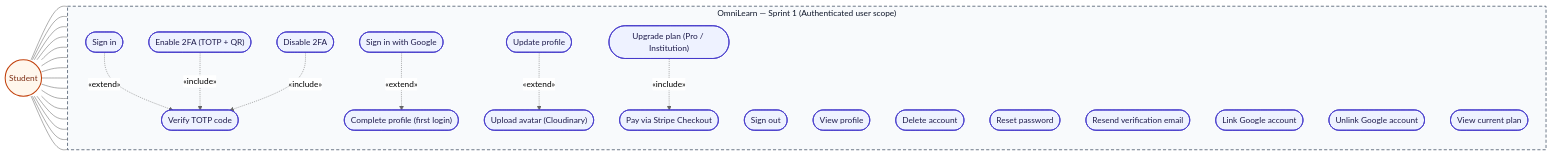
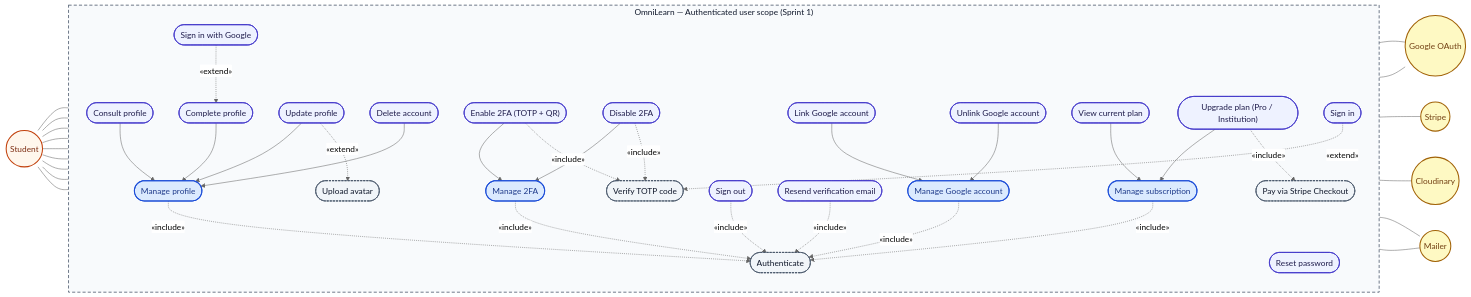
One commit to MaizaAymen/OmniLearn changed the second of 12 diagrams in docs/05_chapitre3_sprint1.md. Above: the diagram before and after it, drawn with Mermaid. The commit also changed other lines of this file, not shown here.

````diff
--- a/docs/05_chapitre3_sprint1.md
+++ b/docs/05_chapitre3_sprint1.md
@@ -118,63 +110,107 @@
 ```mermaid
 %%{init: {"theme":"neutral"} }%%
 flowchart LR
-  classDef actor fill:#fff7ed,stroke:#c2410c,stroke-width:2px,color:#7c2d12
-  classDef uc    fill:#eef2ff,stroke:#4338ca,stroke-width:1.5px,color:#1e1b4b
-  classDef sys   fill:#f8fafc,stroke:#475569,stroke-width:1.5px,stroke-dasharray:6 4,color:#0f172a
+  classDef actor   fill:#fff7ed,stroke:#c2410c,stroke-width:2px,color:#7c2d12
+  classDef ext     fill:#fef9c3,stroke:#a16207,stroke-width:2px,color:#713f12
+  classDef parent  fill:#dbeafe,stroke:#1d4ed8,stroke-width:2px,color:#1e3a8a
+  classDef uc      fill:#eef2ff,stroke:#4338ca,stroke-width:1.5px,color:#1e1b4b
+  classDef shared  fill:#f1f5f9,stroke:#475569,stroke-width:1.5px,stroke-dasharray:4 2,color:#0f172a
+  classDef sys     fill:#f8fafc,stroke:#475569,stroke-width:1.5px,stroke-dasharray:6 4,color:#0f172a
 
   Student((Student)):::actor
 
-  subgraph S["OmniLearn — Sprint 1 (Authenticated user scope)"]
+  subgraph S["OmniLearn — Authenticated user scope (Sprint 1)"]
     direction TB
 
-    %% Identity
+    %% Parent (manage) use cases
+    GP(["Manage profile"]):::parent
+    G2(["Manage 2FA"]):::parent
+    GG(["Manage Google account"]):::parent
+    GS(["Manage subscription"]):::parent
+
+    %% Profile specialisations
+    VP(["Consult profile"]):::uc
+    CP(["Complete profile"]):::uc
+    UP(["Update profile"]):::uc
+    DP(["Delete account"]):::uc
+
+    %% 2FA specialisations
+    E2(["Enable 2FA (TOTP + QR)"]):::uc
+    D2(["Disable 2FA"]):::uc
+
+    %% Google specialisations
+    GL(["Link Google account"]):::uc
+    GU(["Unlink Google account"]):::uc
+
+    %% Plan specialisations
+    VPL(["View current plan"]):::uc
+    UPL(["Upgrade plan (Pro / Institution)"]):::uc
+
+    %% Standalone use cases
     L(["Sign in"]):::uc
     LG(["Sign in with Google"]):::uc
     SO(["Sign out"]):::uc
-    CT(["Verify TOTP code"]):::uc
-
-    %% Profile
-    VP(["View profile"]):::uc
-    CP(["Complete profile (first login)"]):::uc
-    UP(["Update profile"]):::uc
-    UA(["Upload avatar (Cloudinary)"]):::uc
-    DP(["Delete account"]):::uc
-
-    %% Account security
     RP(["Reset password"]):::uc
     SV(["Resend verification email"]):::uc
-    E2(["Enable 2FA (TOTP + QR)"]):::uc
-    D2(["Disable 2FA"]):::uc
-    GL(["Link Google account"]):::uc
-    GU(["Unlink Google account"]):::uc
 
-    %% Plan
-    VPL(["View current plan"]):::uc
-    UPL(["Upgrade plan (Pro / Institution)"]):::uc
-    PAY(["Pay via Stripe Checkout"]):::uc
+    %% Shared / sub use cases
+    AUTH(["Authenticate"]):::shared
+    CT(["Verify TOTP code"]):::shared
+    UA(["Upload avatar"]):::shared
+    PAY(["Pay via Stripe Checkout"]):::shared
   end
   class S sys
 
+  %% Secondary actors
+  Google((Google OAuth)):::ext
+  Stripe((Stripe)):::ext
+  Cloud((Cloudinary)):::ext
+  Mail((Mailer)):::ext
+
+  %% Student → top-level use cases
+  Student --- GP
+  Student --- G2
+  Student --- GG
+  Student --- GS
   Student --- L
   Student --- LG
   Student --- SO
-  Student --- VP
-  Student --- CP
-  Student --- UP
-  Student --- DP
   Student --- RP
   Student --- SV
-  Student --- E2
-  Student --- D2
-  Student --- GL
-  Student --- GU
-  Student --- VPL
-  Student --- UPL
 
-  L   -. "«extend»"  .-> CT
-  LG  -. "«extend»"  .-> CP
-  UP  -. "«extend»"  .-> UA
+  %% Generalisation (specialise — solid arrow toward the parent)
+  VP  --> GP
+  CP  --> GP
+  UP  --> GP
+  DP  --> GP
+  E2  --> G2
+  D2  --> G2
+  GL  --> GG
+  GU  --> GG
+  VPL --> GS
+  UPL --> GS
+
+  %% «include» — always happens
+  GP  -. "«include»" .-> AUTH
+  G2  -. "«include»" .-> AUTH
+  GG  -. "«include»" .-> AUTH
+  GS  -. "«include»" .-> AUTH
+  SO  -. "«include»" .-> AUTH
+  SV  -. "«include»" .-> AUTH
   E2  -. "«include»" .-> CT
   D2  -. "«include»" .-> CT
   UPL -. "«include»" .-> PAY
+
+  %% «extend» — conditional / optional branch
+  L  -. "«extend»" .-> CT
+  UP -. "«extend»" .-> UA
+  LG -. "«extend»" .-> CP
+
+  %% Secondary actors → use cases they collaborate on
+  LG  --- Google
+  GL  --- Google
+  PAY --- Stripe
+  UA  --- Cloud
+  RP  --- Mail
+  SV  --- Mail
 ```
````
